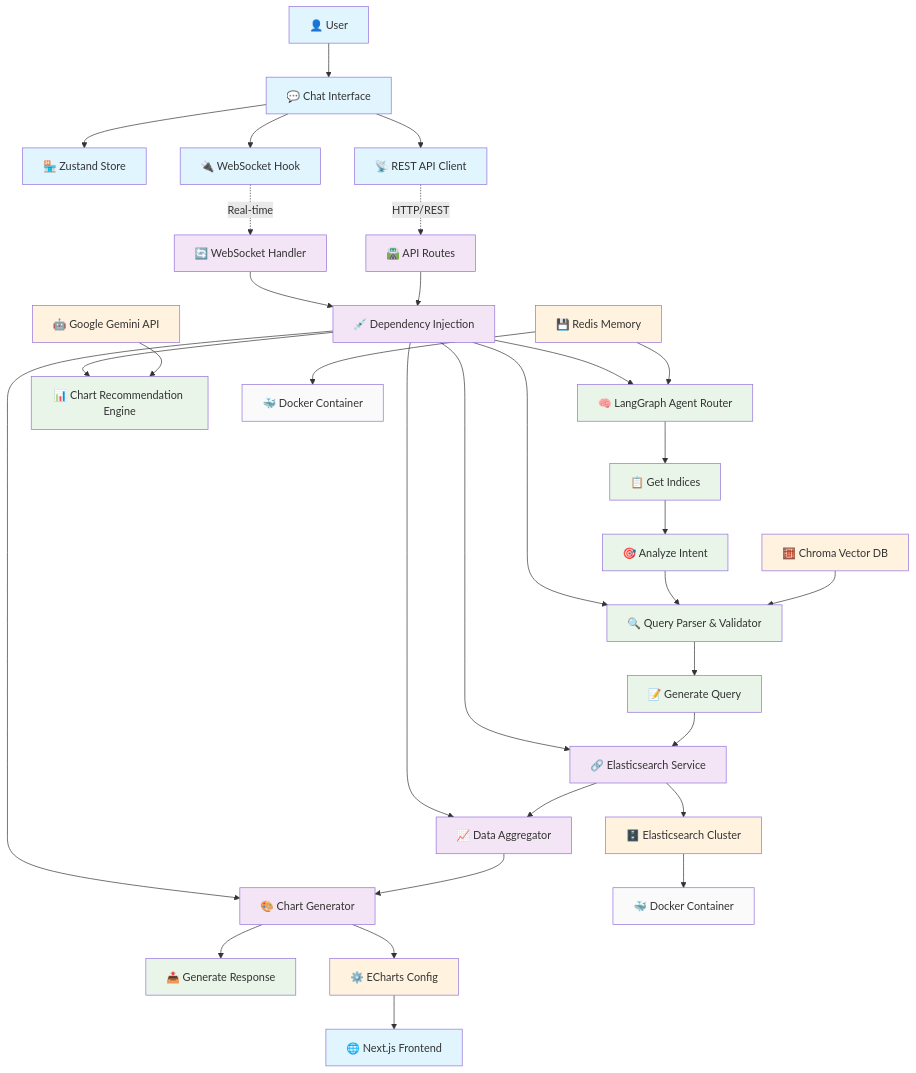
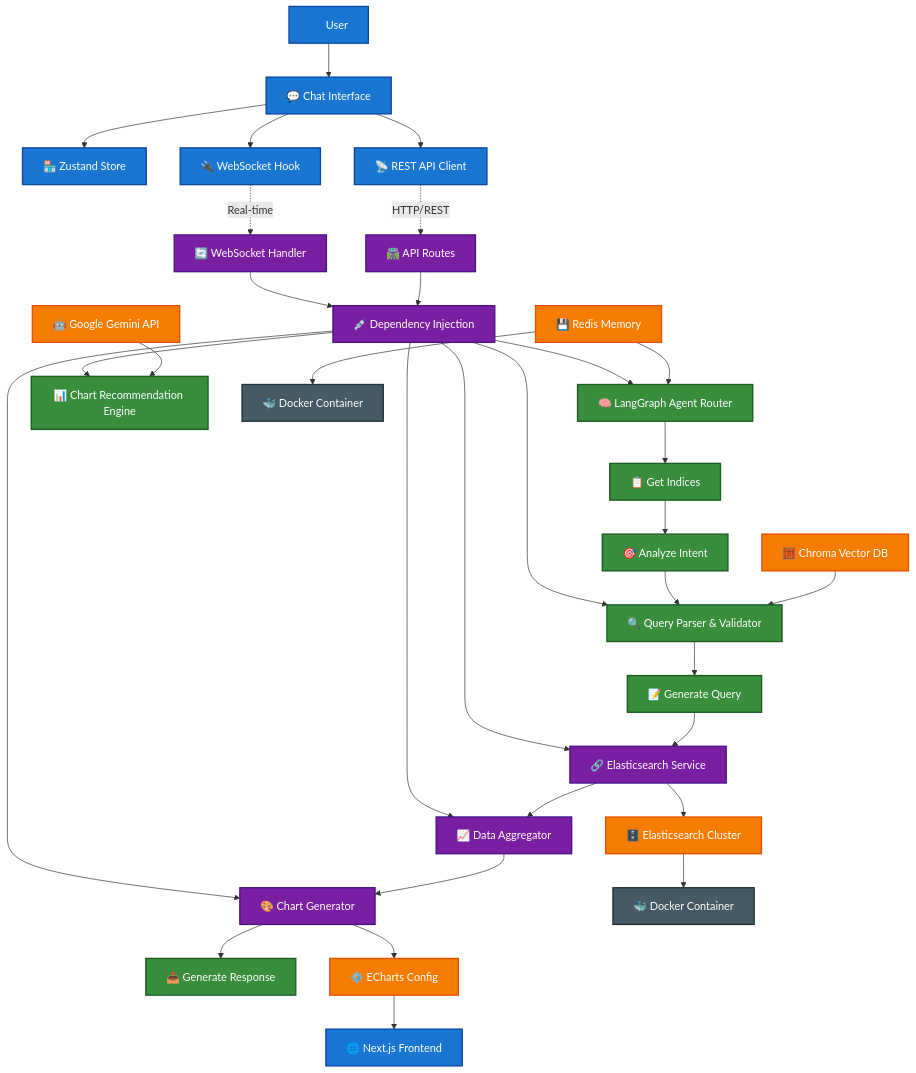
One commit to ultimateBroK/elasticsearch_agent changed the second of 2 diagrams in README.md. Above: the diagram before and after it, drawn with Mermaid. The commit also changed other lines of this file, not shown here.

Commit message:
🎨 Update README styling for dark mode compatibility
- Enhance Mermaid diagram styling for both light and dark modes
- Improve visual hierarchy with updated color schemes for input, processing, output, memory, frontend, backend, agent, external, and infrastructure classes
- Ensure consistent presentation across different themes for better readability and user experience

````diff
--- a/README.md
+++ b/README.md
@@ -169,61 +169,61 @@
 ```mermaid
 graph TB
     %% Frontend Layer
     User["👤 User"] --> Chat["💬 Chat Interface"]
     Chat --> Store["🏪 Zustand Store"]
     Chat --> WS["🔌 WebSocket Hook"]
     Chat --> API["📡 REST API Client"]
     
     %% Communication Protocols
     WS -.->|Real-time| WSHandler["🔄 WebSocket Handler"]
     API -.->|HTTP/REST| Routes["🛣️ API Routes"]
     
     %% Backend Entry Points
     WSHandler --> DI["💉 Dependency Injection"]
     Routes --> DI
     
     %% Core Services (Managed by DI)
     DI --> Agent["🧠 LangGraph Agent Router"]
     DI --> Parser["🔍 Query Parser & Validator"]
     DI --> Recommender["📊 Chart Recommendation Engine"]
     DI --> ES_Service["🔗 Elasticsearch Service"]
     DI --> Aggregator["📈 Data Aggregator"]
     DI --> Generator["🎨 Chart Generator"]
     
     %% Agent Workflow (LangGraph State Machine)
     Agent --> GetIndices["📋 Get Indices"]
     GetIndices --> AnalyzeIntent["🎯 Analyze Intent"]
     AnalyzeIntent --> Parser
     Parser --> GenerateQuery["📝 Generate Query"]
     GenerateQuery --> ES_Service
     ES_Service --> Aggregator
     Aggregator --> Generator
     Generator --> Response["📤 Generate Response"]
     
     %% Memory & Intelligence Integration
     Redis["💾 Redis Memory"] --> Agent
     Chroma["🧮 Chroma Vector DB"] --> Parser
     Gemini["🤖 Google Gemini API"] --> Recommender
     
     %% External Services
     ES_Service --> ES["🗄️ Elasticsearch Cluster"]
     Generator --> ECharts["⚙️ ECharts Config"]
     ECharts --> Frontend["🌐 Next.js Frontend"]
     
     %% Infrastructure
     ES --> Docker1["🐳 Docker Container"]
     Redis --> Docker2["🐳 Docker Container"]
     
-    %% Styling
-    classDef frontend fill:#e1f5fe
-    classDef backend fill:#f3e5f5
-    classDef agent fill:#e8f5e8
-    classDef external fill:#fff3e0
-    classDef infrastructure fill:#fafafa
+    %% Dark mode compatible styling
+    classDef frontend fill:#1976d2,stroke:#0d47a1,stroke-width:2px,color:#ffffff
+    classDef backend fill:#7b1fa2,stroke:#4a148c,stroke-width:2px,color:#ffffff
+    classDef agent fill:#388e3c,stroke:#1b5e20,stroke-width:2px,color:#ffffff
+    classDef external fill:#f57c00,stroke:#e65100,stroke-width:2px,color:#ffffff
+    classDef infrastructure fill:#455a64,stroke:#263238,stroke-width:2px,color:#ffffff
     
     class User,Chat,Store,WS,API,Frontend frontend
     class WSHandler,Routes,DI,ES_Service,Aggregator,Generator backend
     class Agent,Parser,Recommender,GetIndices,AnalyzeIntent,GenerateQuery,Response agent
     class ES,Gemini,Redis,Chroma,ECharts external
     class Docker1,Docker2 infrastructure
 ```
````
